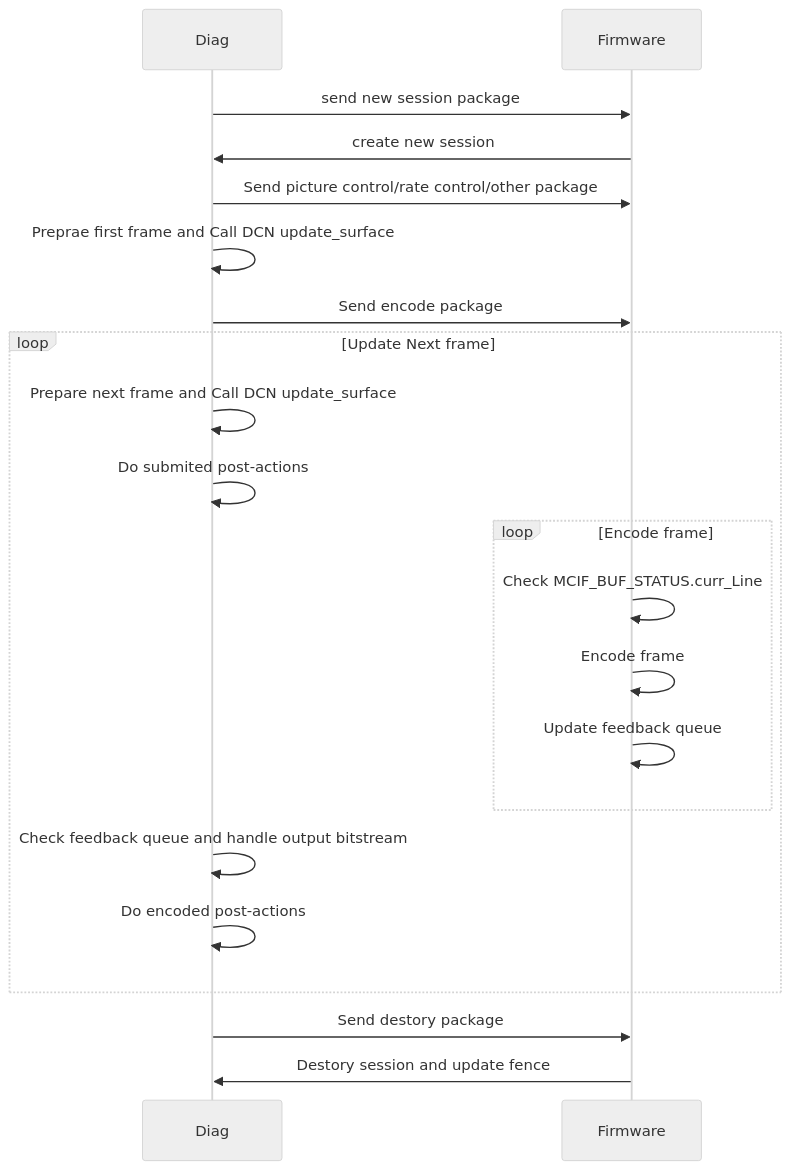
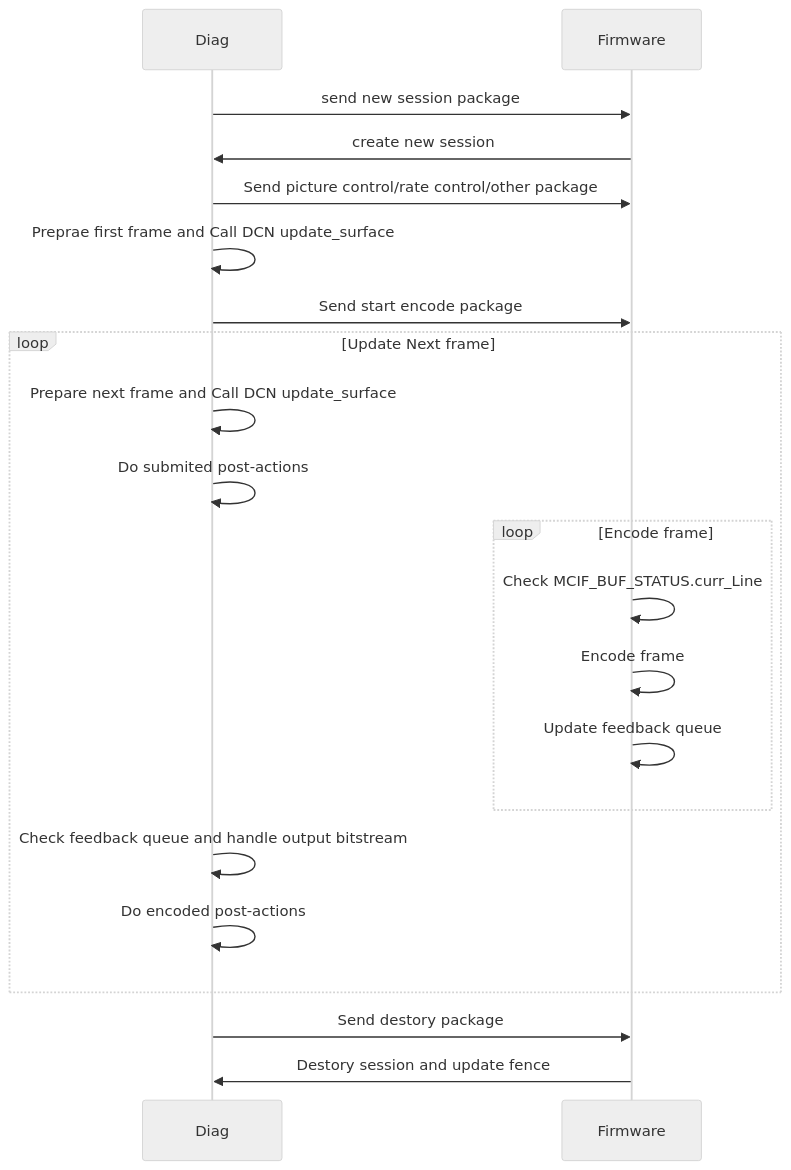
The second of 2 diagrams in source/_drafts/dwb-summary.md (godvmxi/godvmxi.github.io), drawn with Mermaid (neutral theme) before and after one commit. The commit also changed other lines of this file, not shown here.

Commit message:
add dwb summary draft

````diff
--- a/source/_drafts/dwb-summary.md
+++ b/source/_drafts/dwb-summary.md
@@ -29,23 +29,23 @@
 ```mermaid
 sequenceDiagram
     participant Diag
     participant Firmware
     Diag->>Firmware: send new session package
     Firmware->>Diag: create new session
     Diag->>Firmware: Send picture control/rate control/other package
     Diag->>Diag: Preprae first frame and Call DCN update_surface
-    Diag->>Firmware: Send encode package
+    Diag->>Firmware: Send start encode package
     loop Update Next frame
         Diag->>Diag: Prepare next frame and Call DCN update_surface
         Diag->>Diag: Do submited post-actions
         loop Encode frame
             Firmware->>Firmware: Check MCIF_BUF_STATUS.curr_Line
             Firmware->>Firmware: Encode frame
             Firmware->>Firmware: Update feedback queue
         end
         Diag->>Diag: Check feedback queue and handle output bitstream
         Diag->>Diag: Do encoded post-actions
     end
     Diag->>Firmware: Send destory package
     Firmware->>Diag: Destory session and update fence
 ```
````
